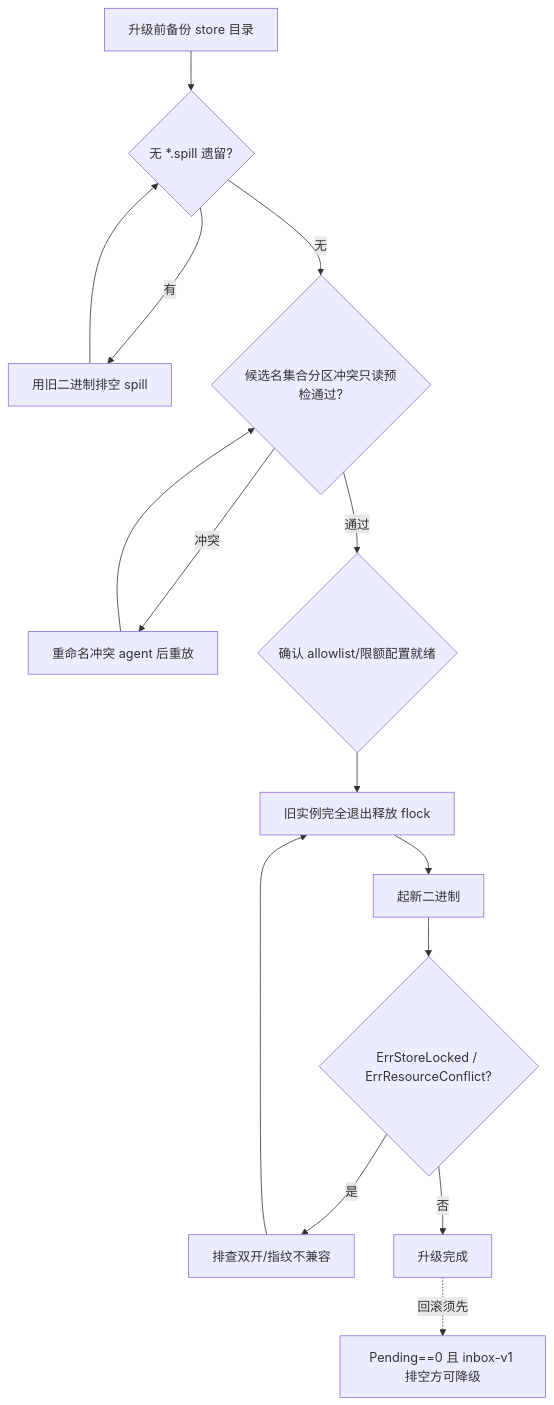
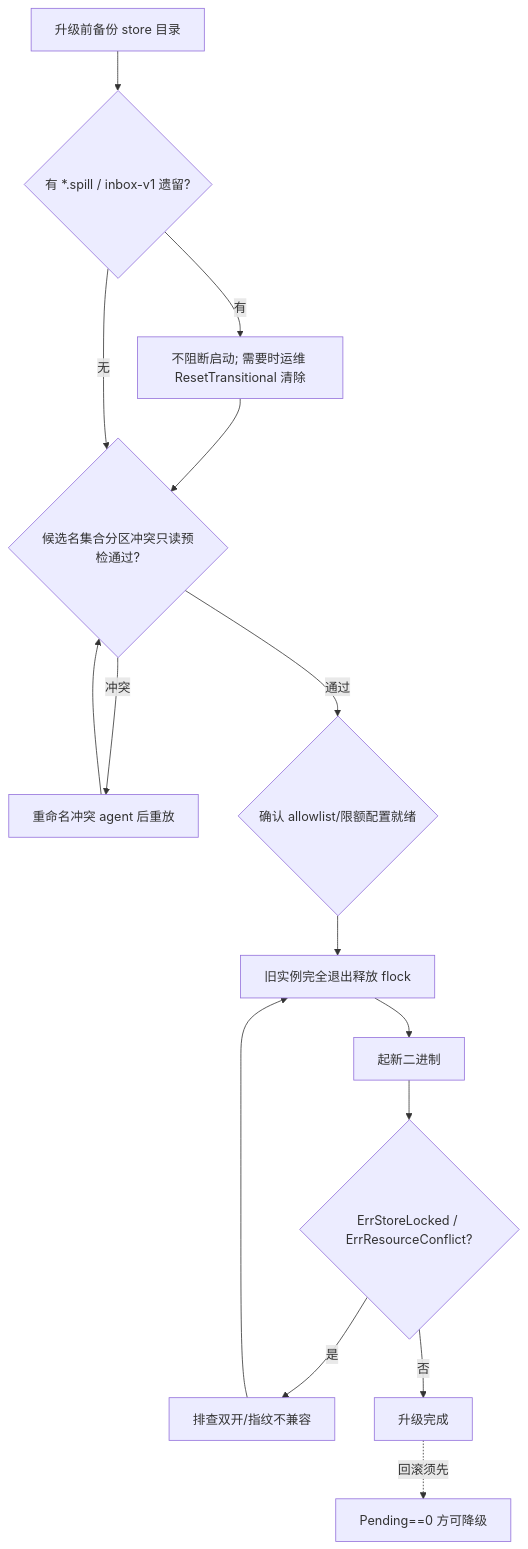
One commit to SpellingDragon/tagent changed the diagram in docs/upgrade-rollback-drill.md. Above: the diagram before and after it, drawn with Mermaid. The commit also changed other lines of this file and 38 other files, not shown here.

````diff
--- a/docs/upgrade-rollback-drill.md
+++ b/docs/upgrade-rollback-drill.md
@@ -69,14 +69,14 @@
 ```mermaid
 flowchart TD
-    A[升级前备份 store 目录] --> B{无 *.spill 遗留?}
-    B -- 有 --> C[用旧二进制排空 spill] --> B
+    A[升级前备份 store 目录] --> B{有 *.spill / inbox-v1 遗留?}
+    B -- 有 --> C[不阻断启动; 需要时运维 ResetTransitional 清除] --> D
     B -- 无 --> D{候选名集合分区冲突只读预检通过?}
     D -- 冲突 --> E[重命名冲突 agent 后重放] --> D
     D -- 通过 --> F{确认 allowlist/限额配置就绪}
     F --> G[旧实例完全退出释放 flock]
     G --> H[起新二进制]
     H --> I{ErrStoreLocked / ErrResourceConflict?}
     I -- 是 --> J[排查双开/指纹不兼容] --> G
     I -- 否 --> K[升级完成]
-    K -.回滚须先.-> L[Pending==0 且 inbox-v1 排空方可降级]
+    K -.回滚须先.-> L[Pending==0 方可降级]
 ```
````
